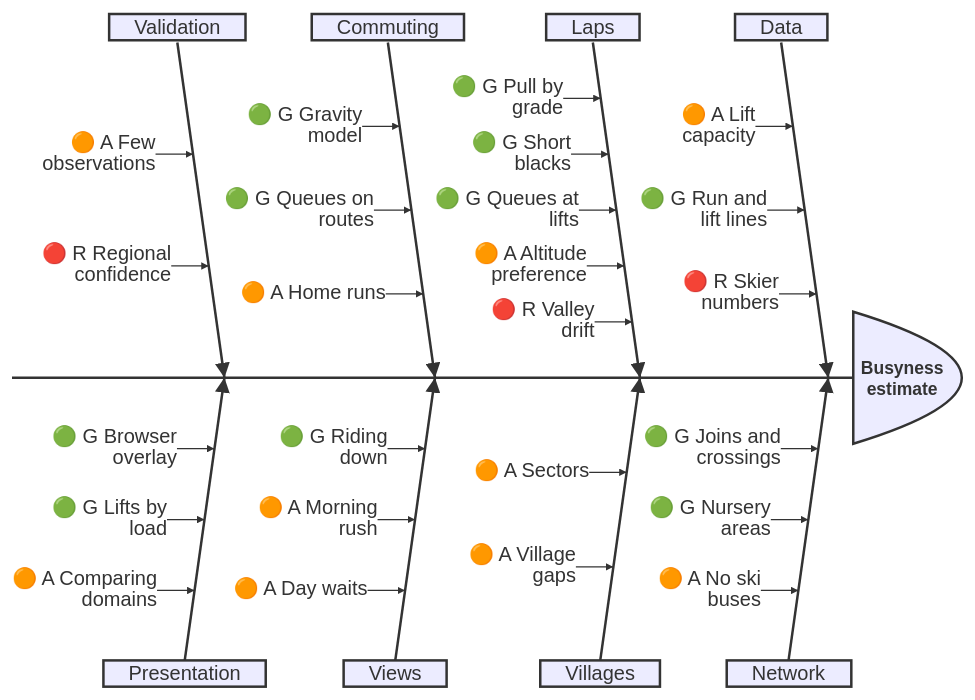
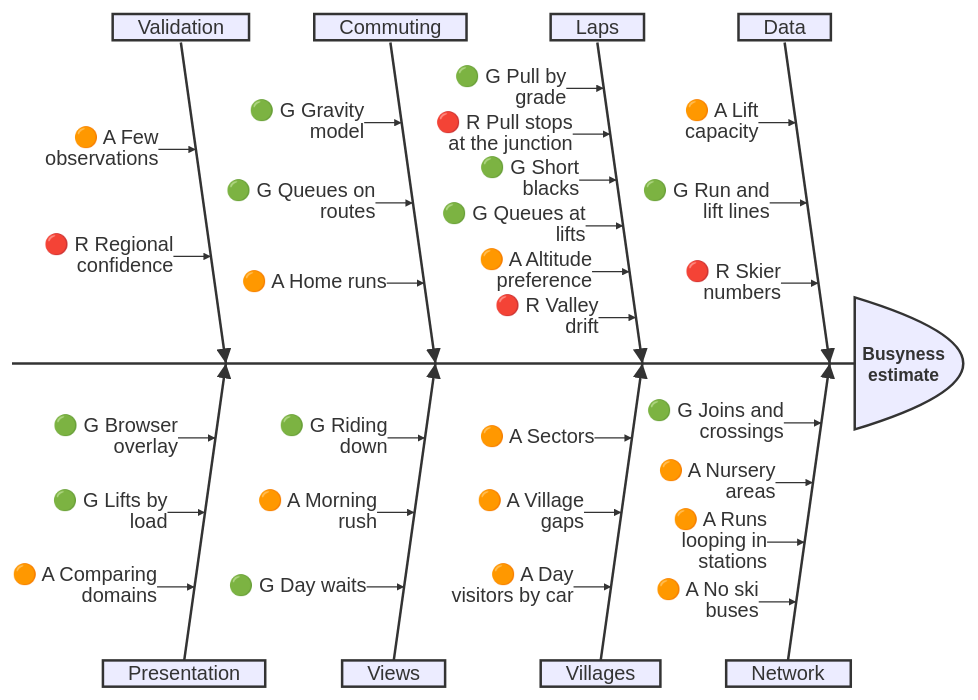
The diagram in docs/known-issues.md (AntonyM71/ski-altitude-explorer), drawn with Mermaid before and after one commit. The commit also changed other lines of this file and 8 other files, not shown here.

First line of the commit message:
Day waits against capacity; bed counts as the population reference

````diff
--- a/docs/known-issues.md
+++ b/docs/known-issues.md
@@ -25,36 +25,39 @@
 ```mermaid
 ishikawa-beta
     Busyness estimate
     Data
         🟠 A Lift capacity
         🟢 G Run and lift lines
         🔴 R Skier numbers
     Network
         🟢 G Joins and crossings
-        🟢 G Nursery areas
+        🟠 A Nursery areas
+        🟠 A Runs looping in stations
         🟠 A No ski buses
     Laps
         🟢 G Pull by grade
+        🔴 R Pull stops at the junction
         🟢 G Short blacks
         🟢 G Queues at lifts
         🟠 A Altitude preference
         🔴 R Valley drift
     Villages
         🟠 A Sectors
         🟠 A Village gaps
+        🟠 A Day visitors by car
     Commuting
         🟢 G Gravity model
         🟢 G Queues on routes
         🟠 A Home runs
     Views
         🟢 G Riding down
         🟠 A Morning rush
-        🟠 A Day waits
+        🟢 G Day waits
     Validation
         🟠 A Few observations
         🔴 R Regional confidence
     Presentation
         🟢 G Browser overlay
         🟢 G Lifts by load
         🟠 A Comparing domains
 ```
````
